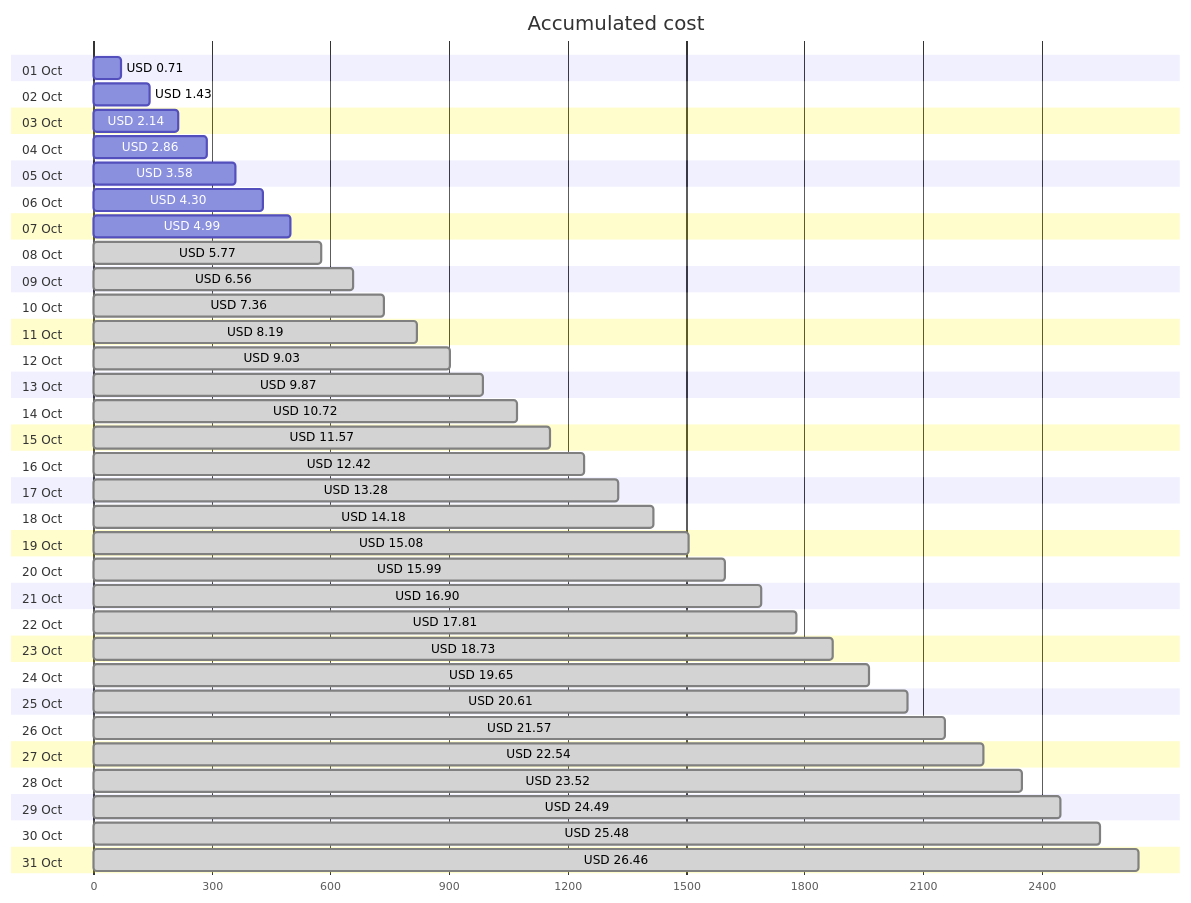
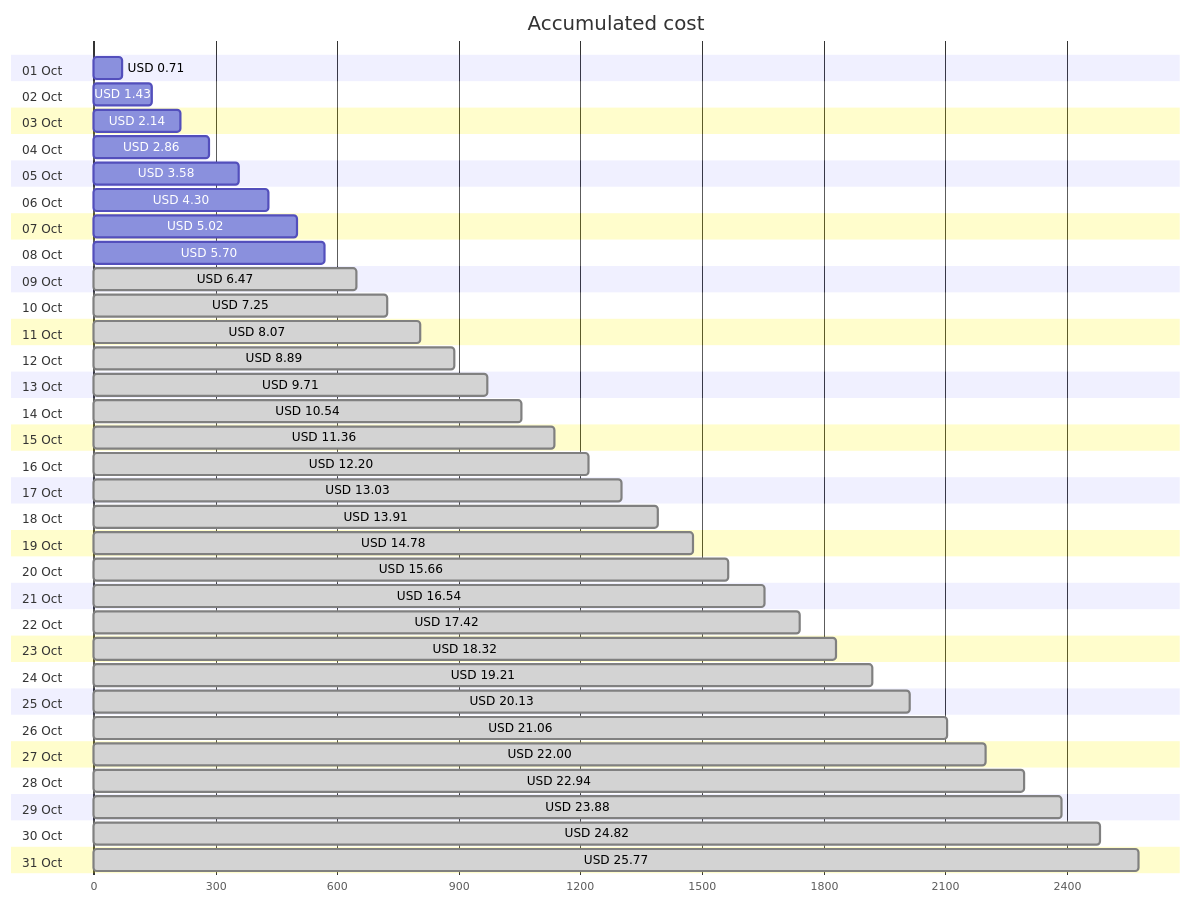
Before and after one commit to jpfulton/azure-personal-reports: the first of 4 diagrams in cost-reports/personal-network/backup-server-data-disk.md, drawn with Mermaid. The commit also changed other lines of this file and 8 other files, not shown here.

````diff
--- a/cost-reports/personal-network/backup-server-data-disk.md
+++ b/cost-reports/personal-network/backup-server-data-disk.md
@@ -20,68 +20,68 @@
 ```mermaid
 gantt
    title Accumulated cost
    dateFormat  X
    axisFormat %s
    section 01 Oct
    USD 0.71 :0, 71
    section 02 Oct
    USD 1.43 :0, 143
    section 03 Oct
    USD 2.14 :0, 214
    section 04 Oct
    USD 2.86 :0, 286
    section 05 Oct
    USD 3.58 :0, 358
    section 06 Oct
    USD 4.30 :0, 430
    section 07 Oct
-   USD 4.99 :0, 499
+   USD 5.02 :0, 502
    section 08 Oct
-   USD 5.77 : done, 0, 577
+   USD 5.70 :0, 570
    section 09 Oct
-   USD 6.56 : done, 0, 656
+   USD 6.47 : done, 0, 647
    section 10 Oct
-   USD 7.36 : done, 0, 736
+   USD 7.25 : done, 0, 725
    section 11 Oct
-   USD 8.19 : done, 0, 819
+   USD 8.07 : done, 0, 807
    section 12 Oct
-   USD 9.03 : done, 0, 903
+   USD 8.89 : done, 0, 889
    section 13 Oct
-   USD 9.87 : done, 0, 987
+   USD 9.71 : done, 0, 971
    section 14 Oct
-   USD 10.72 : done, 0, 1072
+   USD 10.54 : done, 0, 1054
    section 15 Oct
-   USD 11.57 : done, 0, 1157
+   USD 11.36 : done, 0, 1136
    section 16 Oct
-   USD 12.42 : done, 0, 1242
+   USD 12.20 : done, 0, 1220
    section 17 Oct
-   USD 13.28 : done, 0, 1328
+   USD 13.03 : done, 0, 1303
    section 18 Oct
-   USD 14.18 : done, 0, 1418
+   USD 13.91 : done, 0, 1391
    section 19 Oct
-   USD 15.08 : done, 0, 1508
+   USD 14.78 : done, 0, 1478
    section 20 Oct
-   USD 15.99 : done, 0, 1599
+   USD 15.66 : done, 0, 1566
    section 21 Oct
-   USD 16.90 : done, 0, 1690
+   USD 16.54 : done, 0, 1654
    section 22 Oct
-   USD 17.81 : done, 0, 1781
+   USD 17.42 : done, 0, 1742
    section 23 Oct
-   USD 18.73 : done, 0, 1873
+   USD 18.32 : done, 0, 1832
    section 24 Oct
-   USD 19.65 : done, 0, 1965
+   USD 19.21 : done, 0, 1921
    section 25 Oct
-   USD 20.61 : done, 0, 2061
+   USD 20.13 : done, 0, 2013
    section 26 Oct
-   USD 21.57 : done, 0, 2157
+   USD 21.06 : done, 0, 2106
    section 27 Oct
-   USD 22.54 : done, 0, 2254
+   USD 22.00 : done, 0, 2200
    section 28 Oct
-   USD 23.52 : done, 0, 2352
+   USD 22.94 : done, 0, 2294
    section 29 Oct
-   USD 24.49 : done, 0, 2449
+   USD 23.88 : done, 0, 2388
    section 30 Oct
-   USD 25.48 : done, 0, 2548
+   USD 24.82 : done, 0, 2482
    section 31 Oct
-   USD 26.46 : done, 0, 2646
+   USD 25.77 : done, 0, 2577
 ```
````
